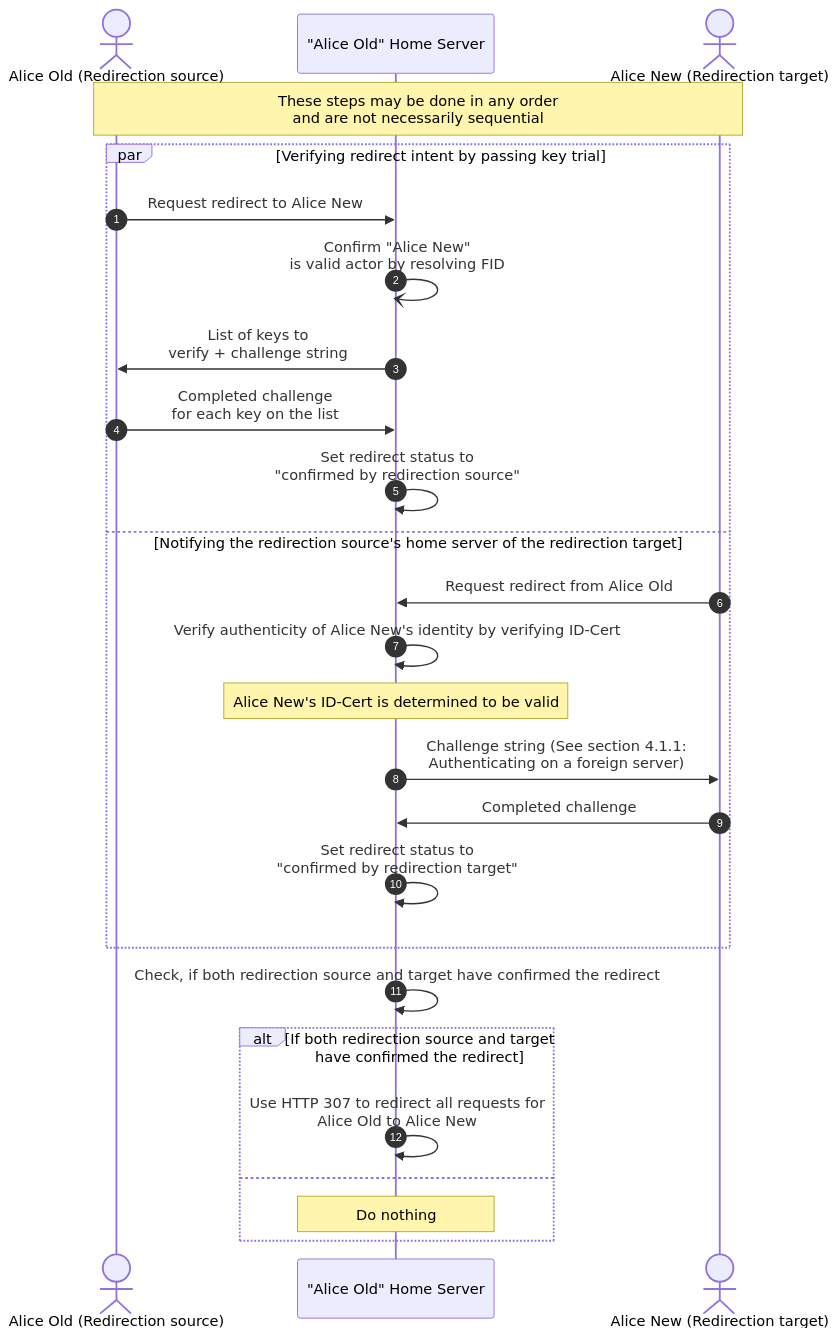
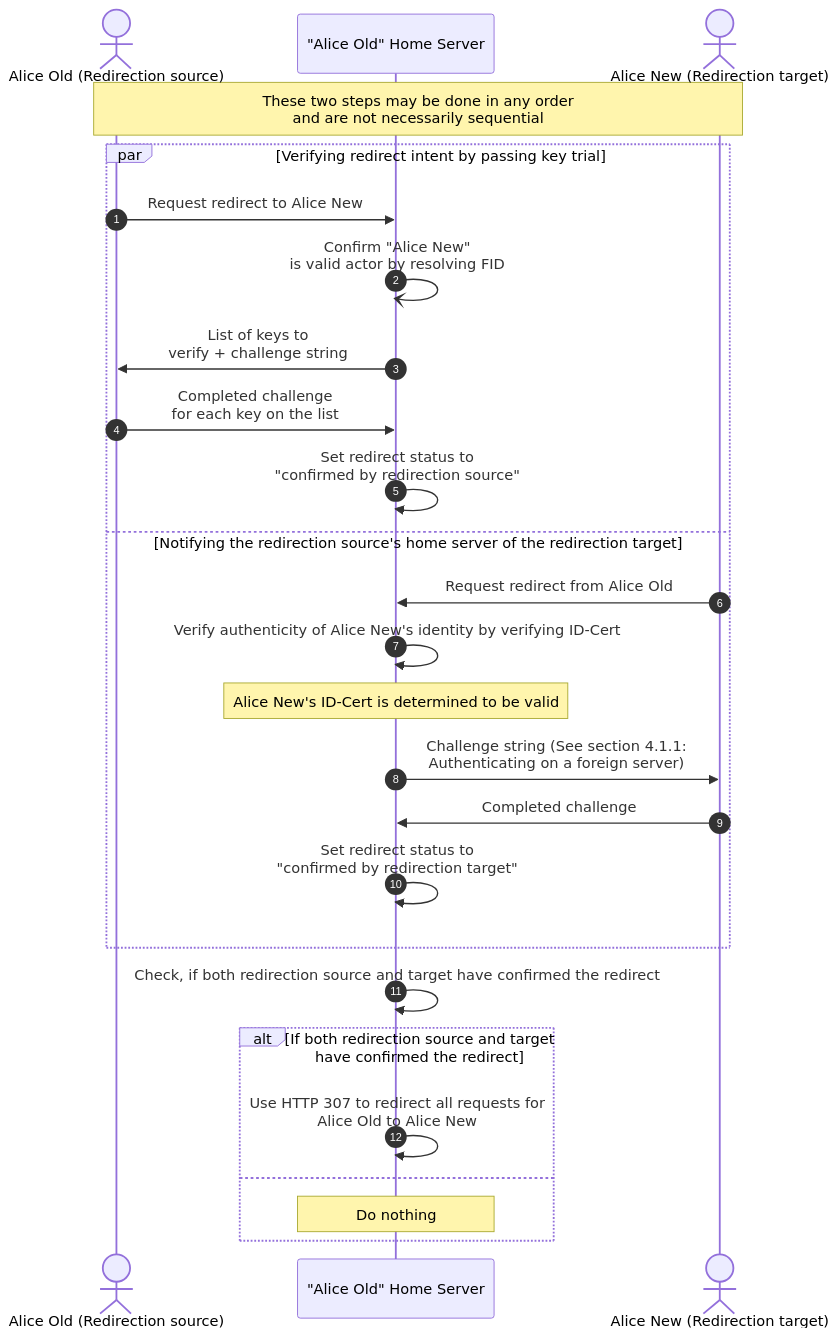
One commit to polyphony-chat/docs changed the seventh of 10 diagrams in docs/Protocol Specifications/core.md. Above: the diagram before and after it, drawn with Mermaid. The commit also changed other lines of this file, not shown here.

````diff
--- a/docs/Protocol Specifications/core.md
+++ b/docs/Protocol Specifications/core.md
@@ -1867,30 +1869,30 @@
 ```mermaid
 sequenceDiagram
 autonumber
 
 actor aa as Alice Old (Redirection source)
 participant sa as "Alice Old" Home Server
 actor ab as Alice New (Redirection target)
 
-Note over aa, ab: These steps may be done in any order<br/>and are not necessarily sequential
+Note over aa, ab: These two steps may be done in any order<br/>and are not necessarily sequential
 par Verifying redirect intent by passing key trial
   aa->>sa: Request redirect to Alice New
   sa-)sa: Confirm "Alice New"<br/>is valid actor by resolving FID 
   sa->>aa: List of keys to<br/>verify + challenge string
   aa->>sa: Completed challenge<br/>for each key on the list
   sa->>sa: Set redirect status to<br/>"confirmed by redirection source"
 and Notifying the redirection source's home server of the redirection target
   ab->>sa: Request redirect from Alice Old
   sa->>sa: Verify authenticity of Alice New's identity by verifying ID-Cert
   note over sa: Alice New's ID-Cert is determined to be valid
   sa->>ab: Challenge string (See section 4.1.1:<br/>Authenticating on a foreign server)
   ab->>sa: Completed challenge
   sa->>sa: Set redirect status to<br/>"confirmed by redirection target"
 end
 sa->>sa: Check, if both redirection source and target have confirmed the redirect
 alt If both redirection source and target have confirmed the redirect
   sa->>sa: Use HTTP 307 to redirect all requests for<br/>Alice Old to Alice New
 else
   Note over sa: Do nothing
 end
 ```
````
